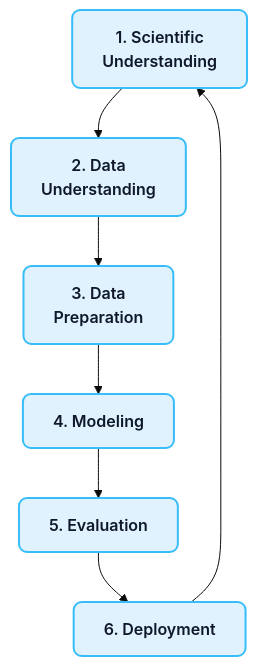
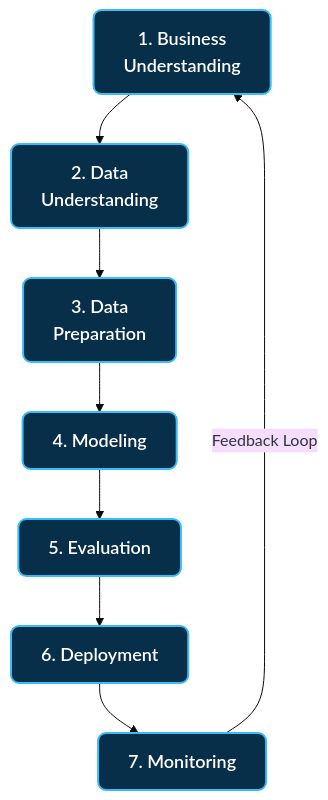
Before and after one commit to ECLIPSE-Lab/public_presentations: the second of 2 diagrams in ml_for_characterization_and_processing/unit01_intro/01_intro.qmd, drawn with Mermaid (base theme). The commit also changed other lines of this file and 14 other files, not shown here.

````diff
--- a/ml_for_characterization_and_processing/unit01_intro/01_intro.qmd
+++ b/ml_for_characterization_and_processing/unit01_intro/01_intro.qmd
@@ -651,15 +677,16 @@
 ```{mermaid}
 %%| echo: false
 %%| fig-align: center
 flowchart TD
     %% Styling
-    classDef default fill:#f8fafc,stroke:#cbd5e1,stroke-width:2px,color:#334155,rx:8px,ry:8px,font-family:Inter;
-    classDef step fill:#e0f2fe,stroke:#38bdf8,stroke-width:2px,color:#0f172a,rx:8px,ry:8px,font-family:Inter,font-weight:600;
+    classDef default fill:#1e293b,stroke:#94a3b8,stroke-width:2px,color:#ffffff,rx:8px,ry:8px;
+    classDef step fill:#082f49,stroke:#38bdf8,stroke-width:2px,color:#ffffff,rx:8px,ry:8px,font-weight:600;
 
-    BU["1. Scientific<br>Understanding"]:::step --> DU["2. Data<br>Understanding"]:::step
-    DU --> DP["3. Data<br>Preparation"]:::step
-    DP --> M["4. Modeling"]:::step
-    M --> E["5. Evaluation"]:::step
-    E --> D["6. Deployment"]:::step
-    D --> BU
+    BU["<span style='font-size:18px;'>1. Business<br>Understanding</span>"]:::step --> DU["<span style='font-size:18px;'>2. Data<br>Understanding</span>"]:::step
+    DU --> DP["<span style='font-size:18px;'>3. Data<br>Preparation</span>"]:::step
+    DP --> M["<span style='font-size:18px;'>4. Modeling</span>"]:::step
+    M --> E["<span style='font-size:18px;'>5. Evaluation</span>"]:::step
+    E --> D["<span style='font-size:18px;'>6. Deployment</span>"]:::step
+    D --> Mon["<span style='font-size:18px;'>7. Monitoring</span>"]:::step
+    Mon -->|<span style='font-size:16px;'>Feedback Loop</span>| BU
 ```
````
